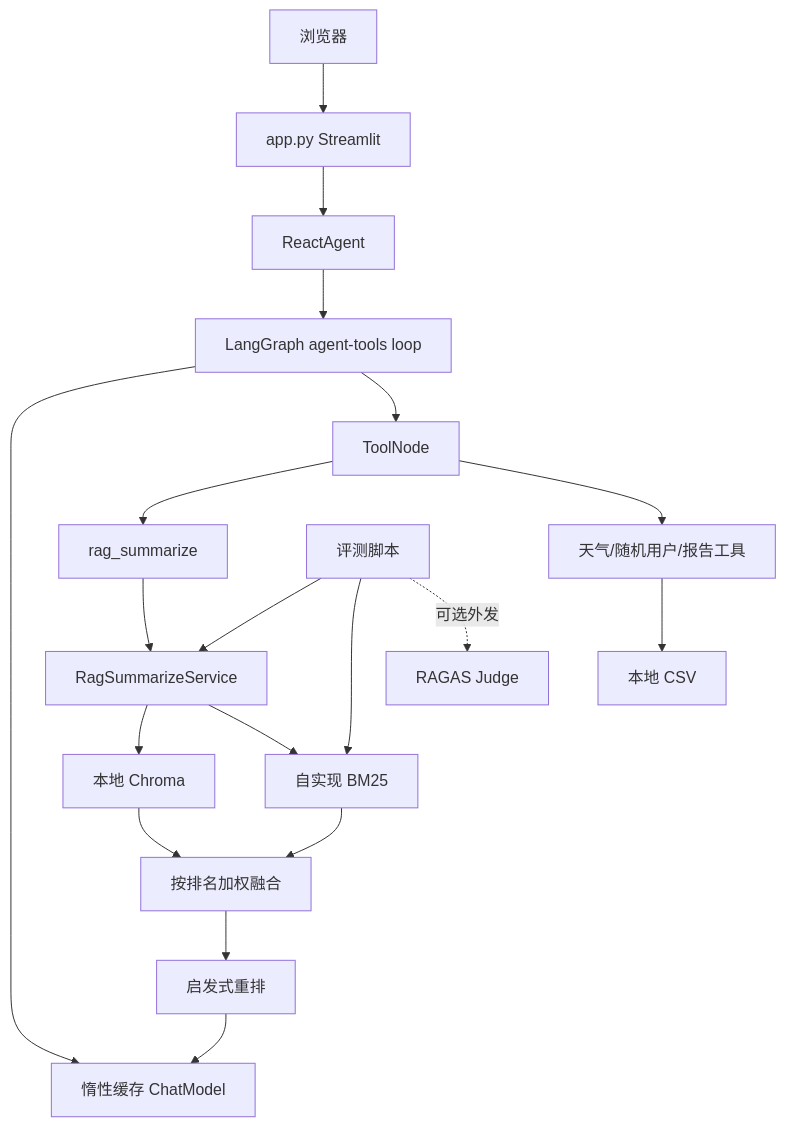
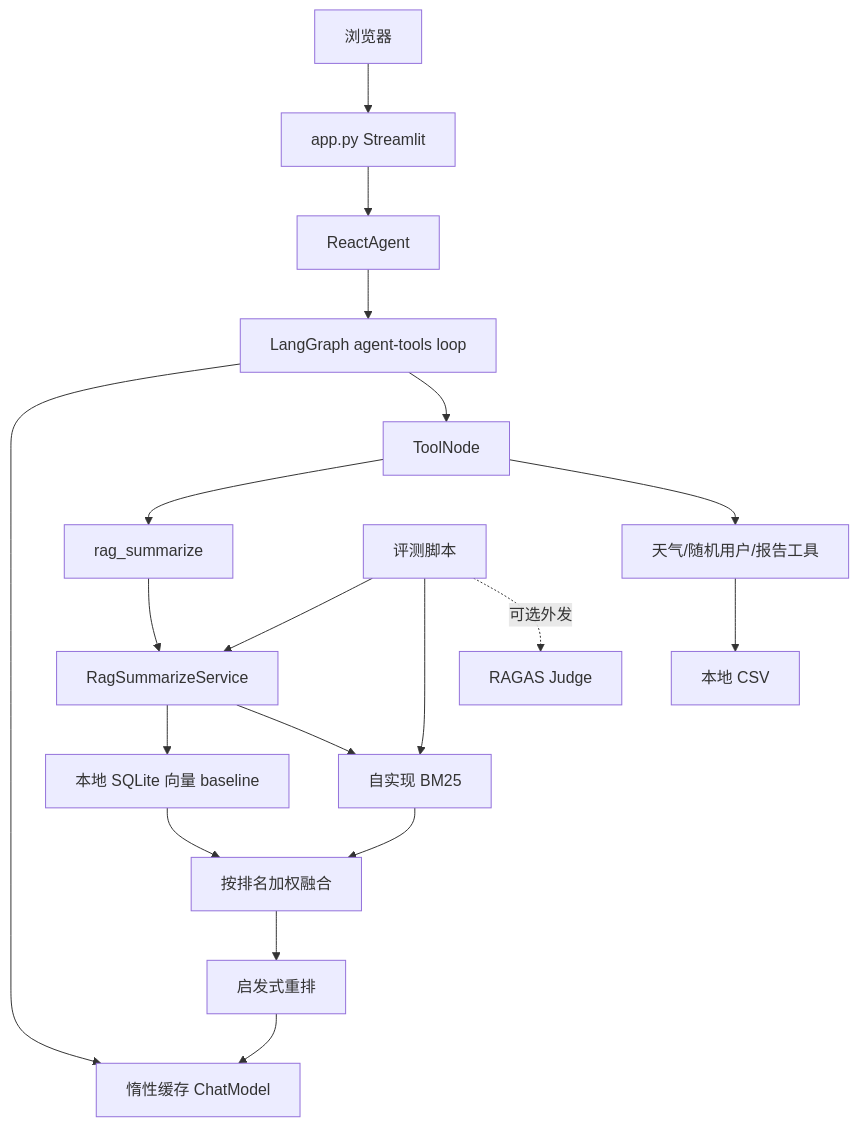
Before and after one commit to caowenying0722/Intelligent-Customer: the first of 3 diagrams in docs/ARCHITECTURE.md, drawn with Mermaid. The commit also changed other lines of this file and 23 other files, not shown here.

````diff
--- a/docs/ARCHITECTURE.md
+++ b/docs/ARCHITECTURE.md
@@ -13,21 +13,21 @@
 ```mermaid
 flowchart TD
     Browser[浏览器] --> Streamlit[app.py Streamlit]
     Streamlit --> Agent[ReactAgent]
     Agent --> Graph[LangGraph agent-tools loop]
     Graph --> Chat[惰性缓存 ChatModel]
     Graph --> Tools[ToolNode]
     Tools --> RagTool[rag_summarize]
     Tools --> DemoTools[天气/随机用户/报告工具]
     RagTool --> RagService[RagSummarizeService]
-    RagService --> Chroma[本地 Chroma]
+    RagService --> LocalVector[本地 SQLite 向量 baseline]
     RagService --> BM25[自实现 BM25]
-    Chroma --> Fusion[按排名加权融合]
+    LocalVector --> Fusion[按排名加权融合]
     BM25 --> Fusion
     Fusion --> Heuristic[启发式重排]
     Heuristic --> Chat
     DemoTools --> CSV[本地 CSV]
     Eval[评测脚本] --> RagService
     Eval --> BM25
     Eval -. 可选外发 .-> Judge[RAGAS Judge]
 ```
````
